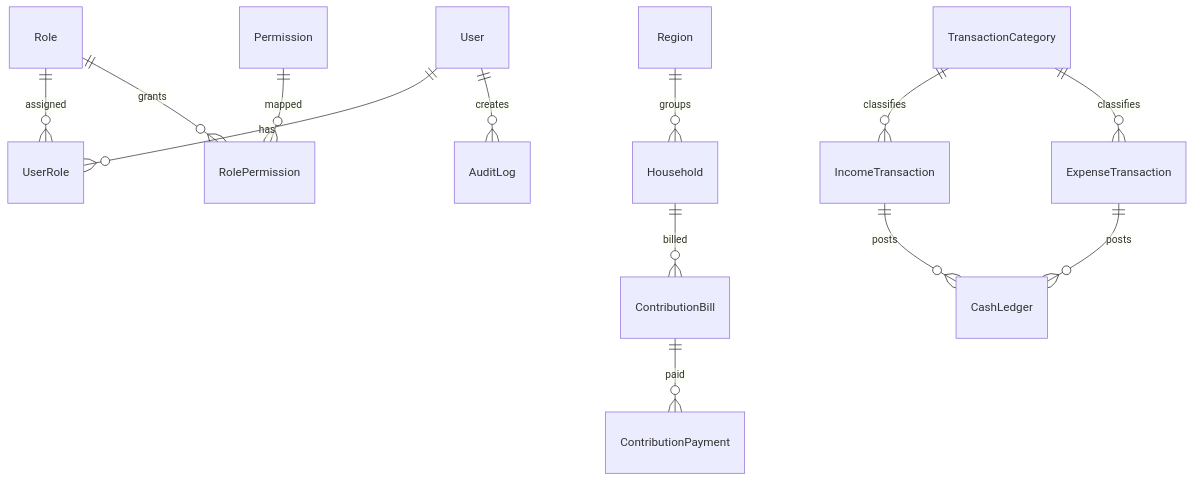
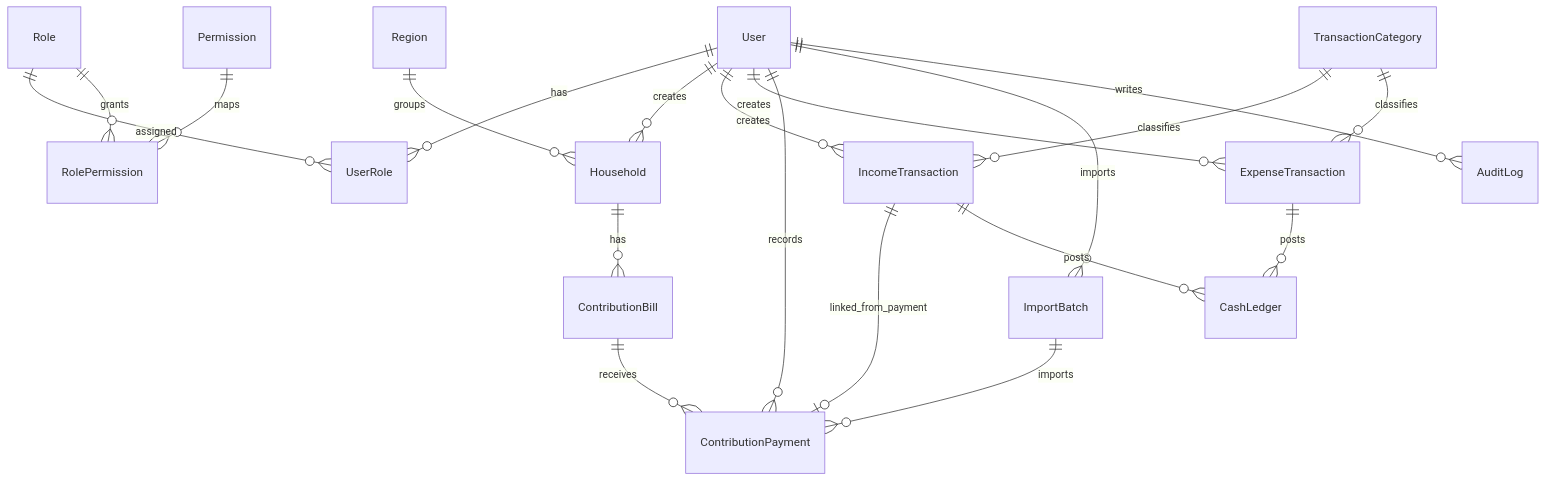
The diagram in DATABASE.md (ganggas95/siskija-alhikmah), drawn with Mermaid before and after one commit. The commit also changed other lines of this file and 11 other files, not shown here.

Commit message:
refactor(docs): align project docs with current scope and verification flows

````diff
--- a/DATABASE.md
+++ b/DATABASE.md
@@ -5,15 +9,22 @@
 ```mermaid
 erDiagram
   User ||--o{ UserRole : has
   Role ||--o{ UserRole : assigned
   Role ||--o{ RolePermission : grants
-  Permission ||--o{ RolePermission : mapped
+  Permission ||--o{ RolePermission : maps
+  User ||--o{ Household : creates
+  User ||--o{ IncomeTransaction : creates
+  User ||--o{ ExpenseTransaction : creates
+  User ||--o{ ContributionPayment : records
+  User ||--o{ ImportBatch : imports
+  User ||--o{ AuditLog : writes
   Region ||--o{ Household : groups
-  Household ||--o{ ContributionBill : billed
-  ContributionBill ||--o{ ContributionPayment : paid
+  Household ||--o{ ContributionBill : has
+  ContributionBill ||--o{ ContributionPayment : receives
+  ImportBatch ||--o{ ContributionPayment : imports
   TransactionCategory ||--o{ IncomeTransaction : classifies
   TransactionCategory ||--o{ ExpenseTransaction : classifies
+  IncomeTransaction ||--o| ContributionPayment : linked_from_payment
   IncomeTransaction ||--o{ CashLedger : posts
   ExpenseTransaction ||--o{ CashLedger : posts
-  User ||--o{ AuditLog : creates
 ```
````
